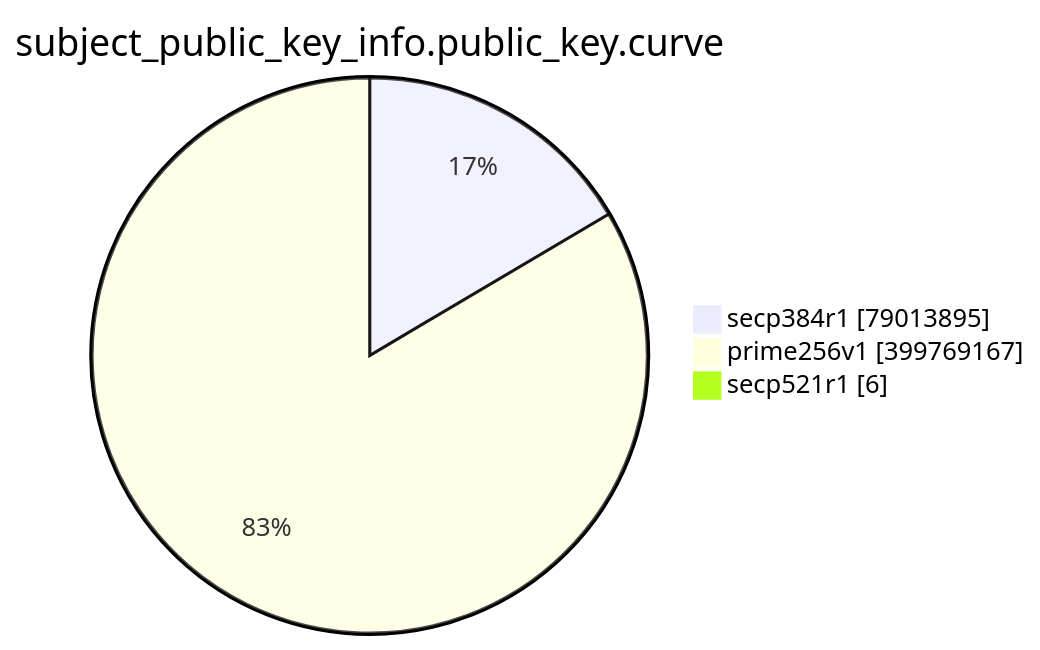
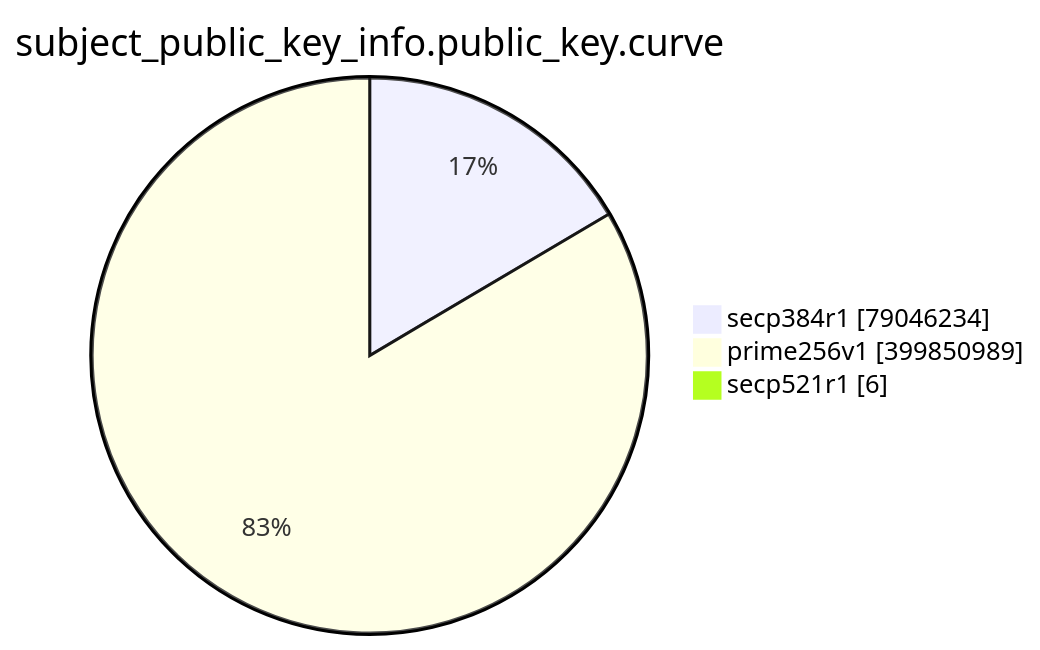
The eighth of 15 diagrams in TOTAL/README.md (christiankrug/ctmonitor_visualization), drawn with Mermaid before and after one commit. The commit also changed other lines of this file, not shown here.

````diff
--- a/TOTAL/README.md
+++ b/TOTAL/README.md
@@ -3095,7 +3095,7 @@
 ```mermaid
 pie showData
 title subject_public_key_info.public_key.curve
-"secp384r1" :79013895
-"prime256v1" :399769167
+"secp384r1" :79046234
+"prime256v1" :399850989
 "secp521r1" :6
 ```
````
